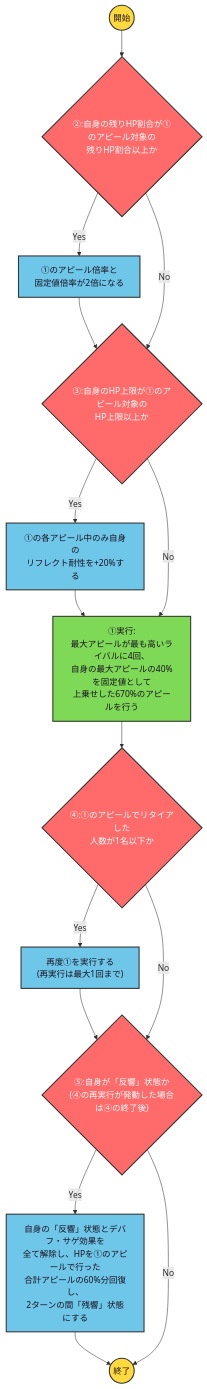
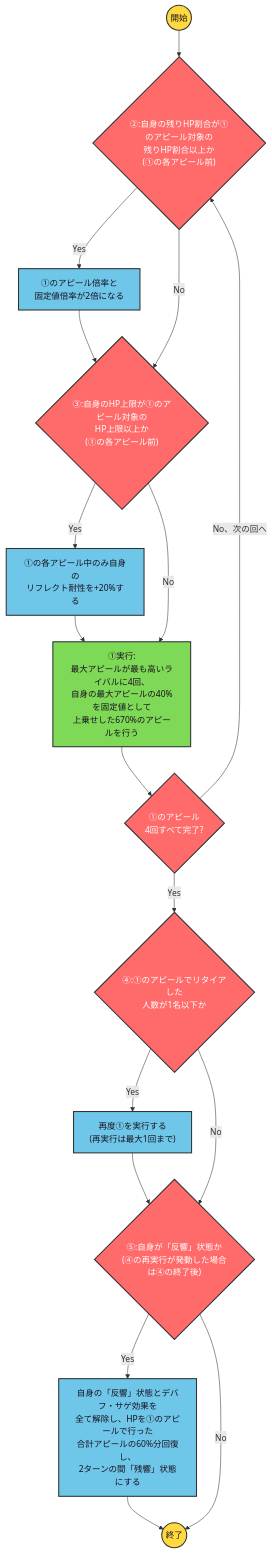
Before and after one commit to ryomochi0918/nogifra-characters: the diagram in data/umezawa_minami/chancehabyodo_skill2.mmd, drawn with Mermaid. The commit also changed 64 other files, not shown here.

```diff
--- a/data/umezawa_minami/chancehabyodo_skill2.mmd
+++ b/data/umezawa_minami/chancehabyodo_skill2.mmd
@@ -1,20 +1,23 @@
 flowchart TD
     classDef startend fill:#FFD93D,stroke:#333,stroke-width:2px,color:#1a1220;
     classDef cond fill:#FF6B6B,stroke:#333,stroke-width:2px,color:#ffffff;
     classDef effect fill:#6EC6E8,stroke:#333,stroke-width:2px,color:#1a1220;
     classDef action fill:#7ED957,stroke:#333,stroke-width:2px,color:#1a1220;
 
     start(("開始")):::startend --> c2
-    c2{"②:自身の残りHP割合が①のアピール対象の<br/>残りHP割合以上か"}:::cond
+    c2{"②:自身の残りHP割合が①のアピール対象の<br/>残りHP割合以上か<br/>(①の各アピール前)"}:::cond
     c2 -->|"Yes"| e2["①のアピール倍率と<br/>固定値倍率が2倍になる"]:::effect --> c3
     c2 -->|"No"| c3
-    c3{"③:自身のHP上限が①のアピール対象の<br/>HP上限以上か"}:::cond
+    c3{"③:自身のHP上限が①のアピール対象の<br/>HP上限以上か<br/>(①の各アピール前)"}:::cond
     c3 -->|"Yes"| e3["①の各アピール中のみ自身の<br/>リフレクト耐性を+20%する"]:::effect --> a1
     c3 -->|"No"| a1
-    a1["①実行:<br/>最大アピールが最も高いライバルに4回、<br/>自身の最大アピールの40%を固定値として<br/>上乗せした670%のアピールを行う"]:::action --> c4
+    a1["①実行:<br/>最大アピールが最も高いライバルに4回、<br/>自身の最大アピールの40%を固定値として<br/>上乗せした670%のアピールを行う"]:::action --> lc1
+    lc1{"①のアピール<br/>4回すべて完了?"}:::cond
+    lc1 -->|"No、次の回へ"| c2
+    lc1 -->|"Yes"| c4
     c4{"④:①のアピールでリタイアした<br/>人数が1名以下か"}:::cond
     c4 -->|"Yes"| e4["再度①を実行する<br/>(再実行は最大1回まで)"]:::effect --> c5
     c4 -->|"No"| c5
     c5{"⑤:自身が「反響」状態か<br/>(④の再実行が発動した場合は④の終了後)"}:::cond
     c5 -->|"Yes"| e5["自身の「反響」状態とデバフ・サゲ効果を<br/>全て解除し、HPを①のアピールで行った<br/>合計アピールの60%分回復し、<br/>2ターンの間「残響」状態にする"]:::effect --> finish(("終了")):::startend
     c5 -->|"No"| finish
```
